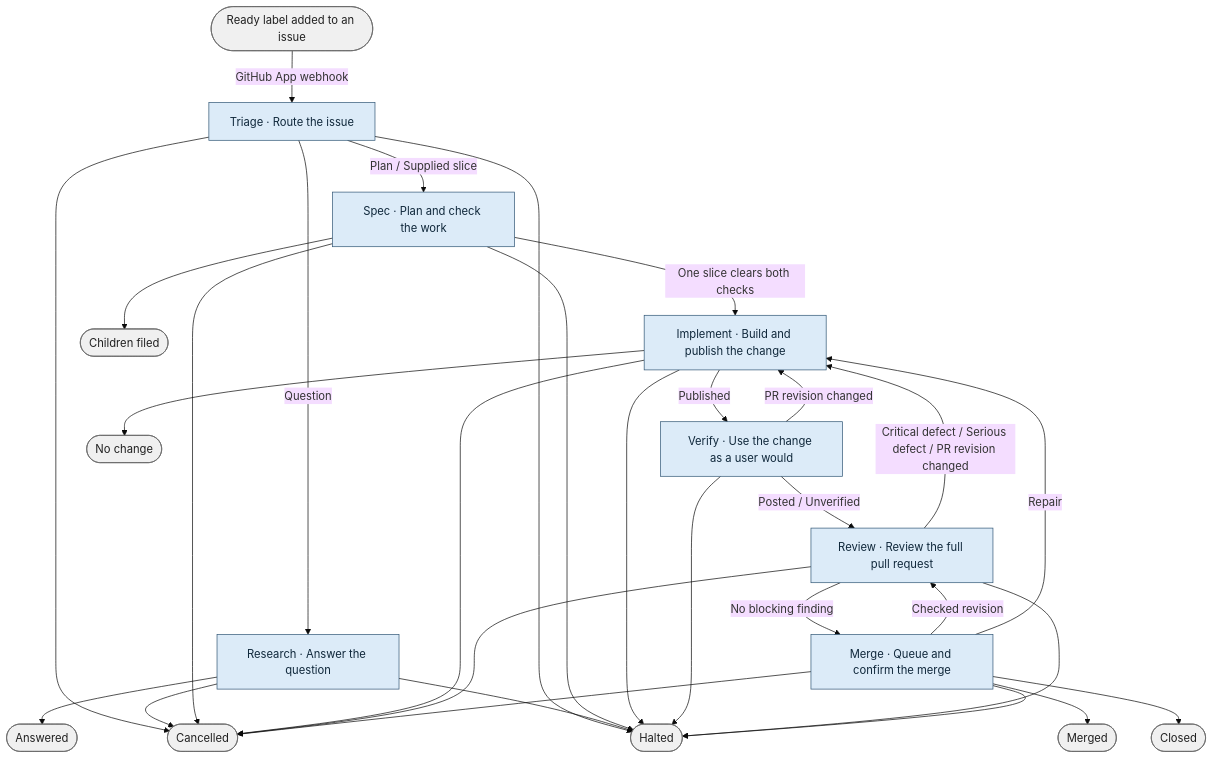
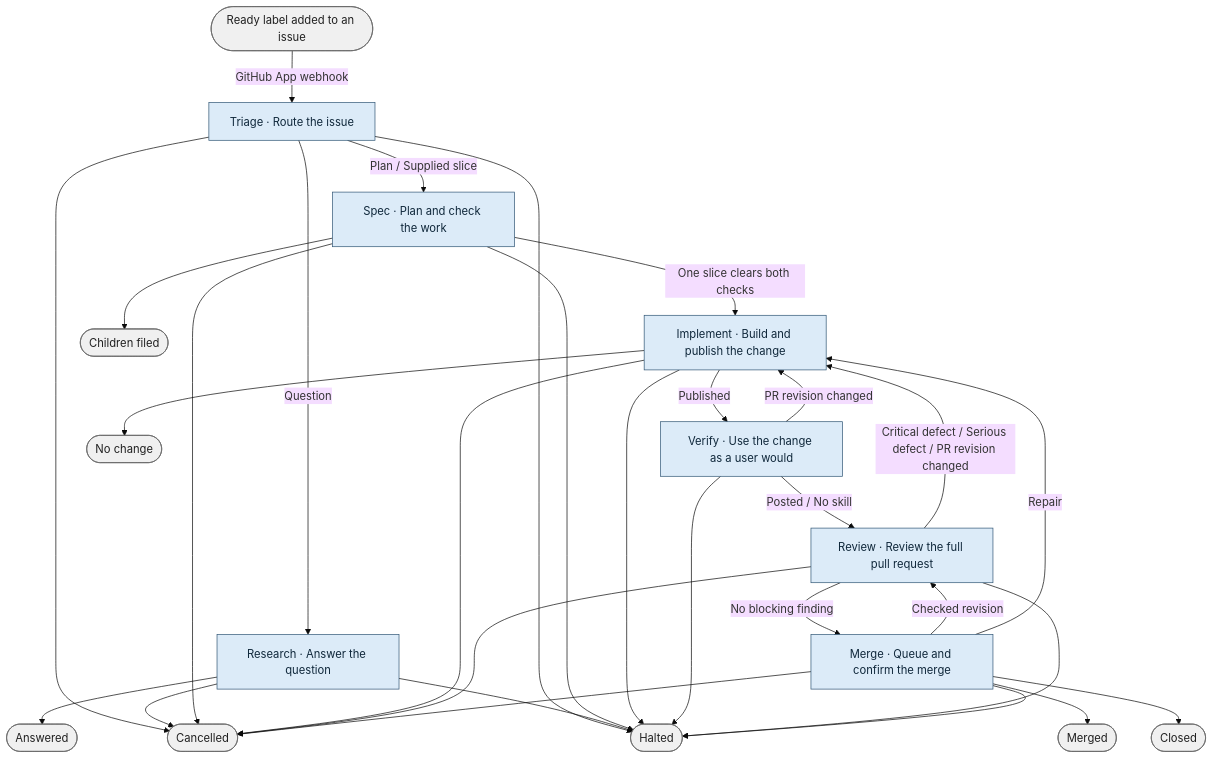
The diagram in docs/graph/blueprint/views/target.mmd (bookout-labs/tools), drawn with Mermaid (base theme) before and after one commit. The commit also changed 16 other files, not shown here.

Commit message:
Verify drawing: no_skill outcome, stale evidence posted, Review's model rule, captures in scratch, built stages stay strict

```diff
--- a/docs/graph/blueprint/views/target.mmd
+++ b/docs/graph/blueprint/views/target.mmd
@@ -1,50 +1,50 @@
 flowchart TD
     n0(["Ready label added to an issue"]):::terminal
     n1["Triage · Route the issue"]:::stage
     n2["Research · Answer the question"]:::stage
     n3["Spec · Plan and check the work"]:::stage
     n4["Implement · Build and publish the change"]:::stage
     n5["Verify · Use the change as a user would"]:::stage
     n6["Review · Review the full pull request"]:::stage
     n7["Merge · Queue and confirm the merge"]:::stage
     n8(["Cancelled"]):::terminal
     n9(["Halted"]):::terminal
     n10(["Answered"]):::terminal
     n11(["Children filed"]):::terminal
     n12(["No change"]):::terminal
     n13(["Merged"]):::terminal
     n14(["Closed"]):::terminal
     n0 -->|"GitHub App webhook"| n1
     n1 -->|"Question"| n2
     n1 -->|"Plan / Supplied slice"| n3
     n1 --> n8
     n1 --> n9
     n2 --> n10
     n2 --> n8
     n2 --> n9
     n3 -->|"One slice clears both checks"| n4
     n3 --> n11
     n3 --> n8
     n3 --> n9
     n4 -->|"Published"| n5
     n4 --> n12
     n4 --> n8
     n4 --> n9
-    n5 -->|"Posted / Unverified"| n6
+    n5 -->|"Posted / No skill"| n6
     n5 -->|"PR revision changed"| n4
     n5 --> n9
     n6 -->|"Critical defect / Serious defect / PR revision changed"| n4
     n6 -->|"No blocking finding"| n7
     n6 --> n8
     n6 --> n9
     n7 --> n13
     n7 --> n14
     n7 -->|"Checked revision"| n6
     n7 -->|"Repair"| n4
     n7 --> n8
     n7 --> n9
     classDef stage fill:#dcebf8,stroke:#315675,color:#10283b
     classDef step fill:#edf3f8,stroke:#597187,color:#132638
     classDef worker fill:#d7f0e8,stroke:#357369,color:#133c36
     classDef gate fill:#fff0c9,stroke:#89641f,color:#3f2b0b
     classDef terminal fill:#f0f0f0,stroke:#666666,color:#202020
```
